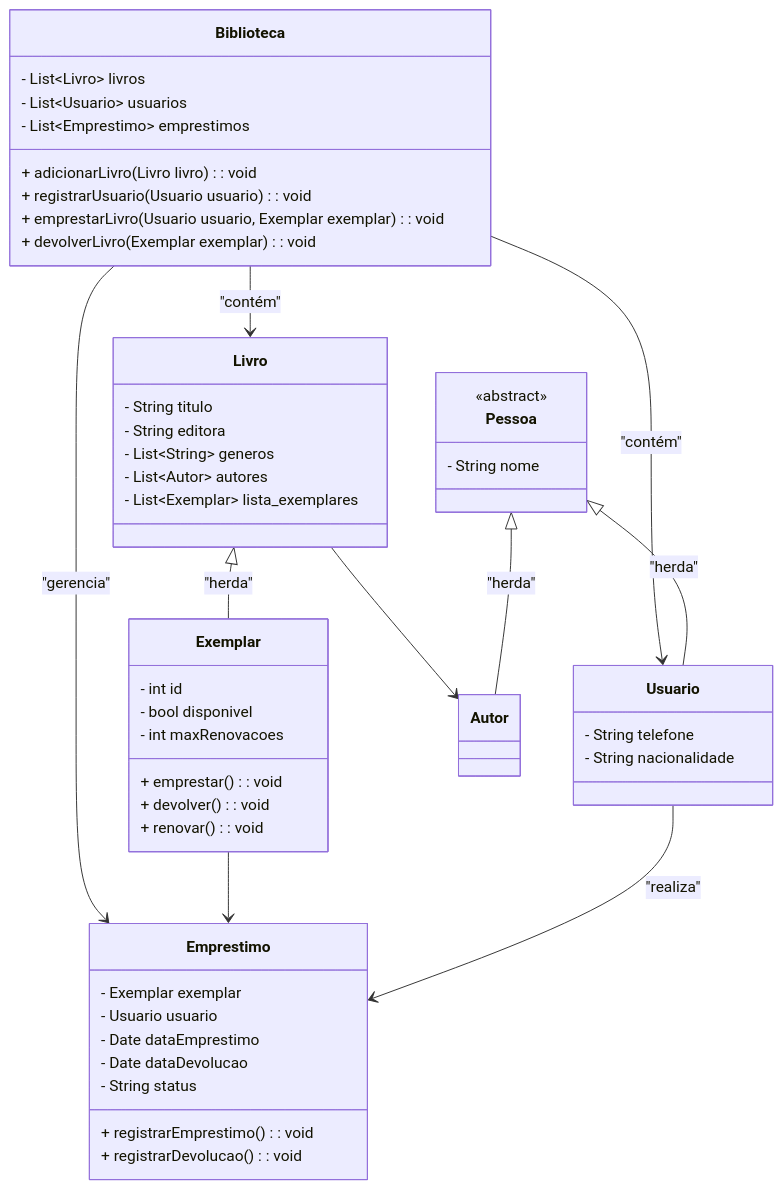
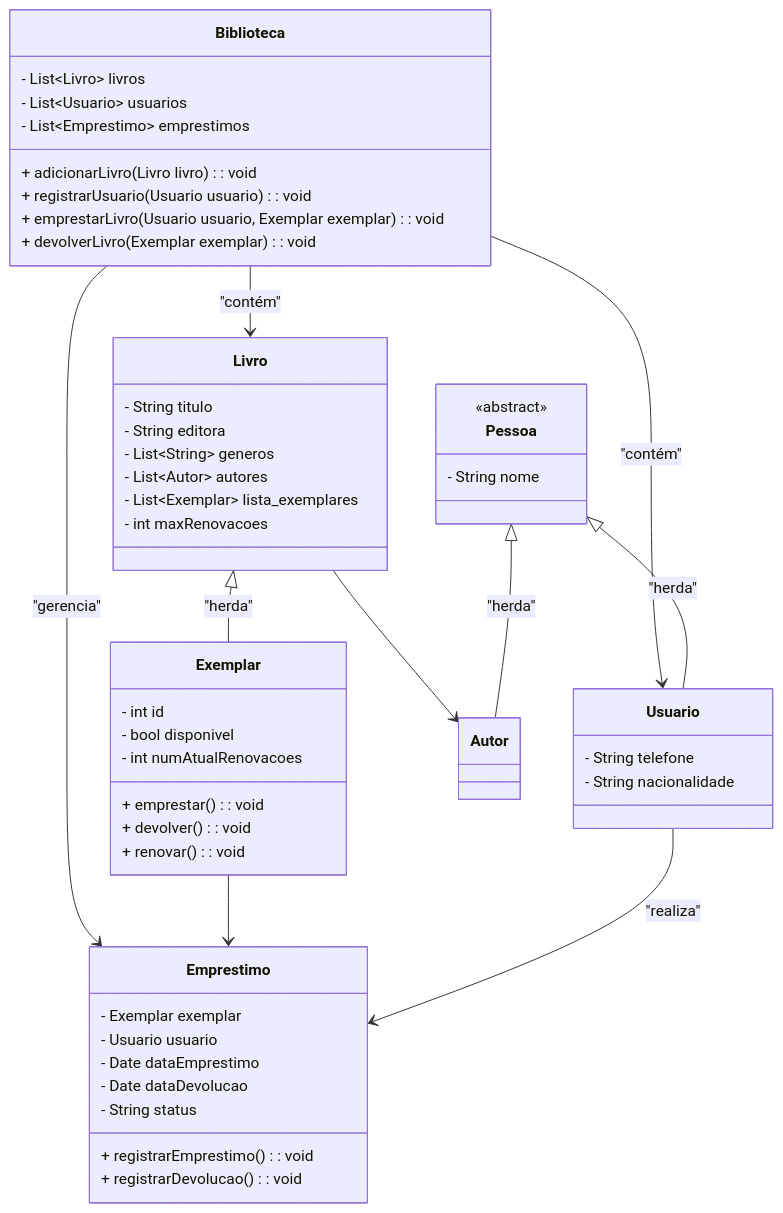
One commit to Squad-eniac/poo_SquadENIAC changed the diagram in README.MD. Above: the diagram before and after it, drawn with Mermaid.

Commit message:
docs: update diagram

````diff
--- a/README.MD
+++ b/README.MD
@@ -34,65 +34,66 @@
 ```mermaid
 
 classDiagram
     class Biblioteca {
         - List~Livro~ livros
         - List~Usuario~ usuarios
         - List~Emprestimo~ emprestimos
         + adicionarLivro(Livro livro): void
         + registrarUsuario(Usuario usuario): void
         + emprestarLivro(Usuario usuario, Exemplar exemplar): void
         + devolverLivro(Exemplar exemplar): void
     }
 
     class Livro {
         - String titulo
         - String editora
         - List~String~ generos
         - List~Autor~ autores
         - List~Exemplar~ lista_exemplares
+        - int maxRenovacoes
     }
 
     class Exemplar {
         - int id
         - bool disponivel
-        - int maxRenovacoes
+        - int numAtualRenovacoes
         + emprestar(): void
         + devolver(): void
         + renovar(): void
     }
 
     class Pessoa {
         <<abstract>>
         - String nome
     }
 
     class Usuario {
         - String telefone
         - String nacionalidade
     }
 
     class Autor {
         
     }
 
     class Emprestimo {
         - Exemplar exemplar
         - Usuario usuario
         - Date dataEmprestimo
         - Date dataDevolucao
         - String status
         + registrarEmprestimo(): void
         + registrarDevolucao(): void
     }
 
     Biblioteca --> Livro : "contém"
     Biblioteca --> Usuario : "contém"
     Biblioteca --> Emprestimo : "gerencia"
     Livro <|-- Exemplar : "herda"
     Exemplar --> Emprestimo 
     Usuario --> Emprestimo : "realiza"
     Livro --> Autor 
     Pessoa <|-- Usuario : "herda"
     Pessoa <|-- Autor : "herda"
 
 ```
````
